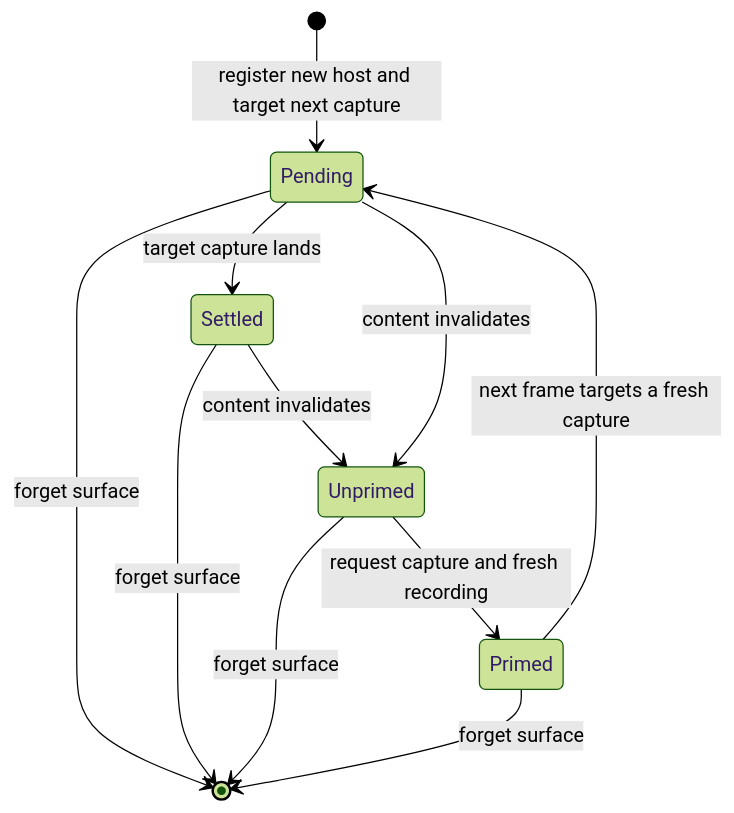
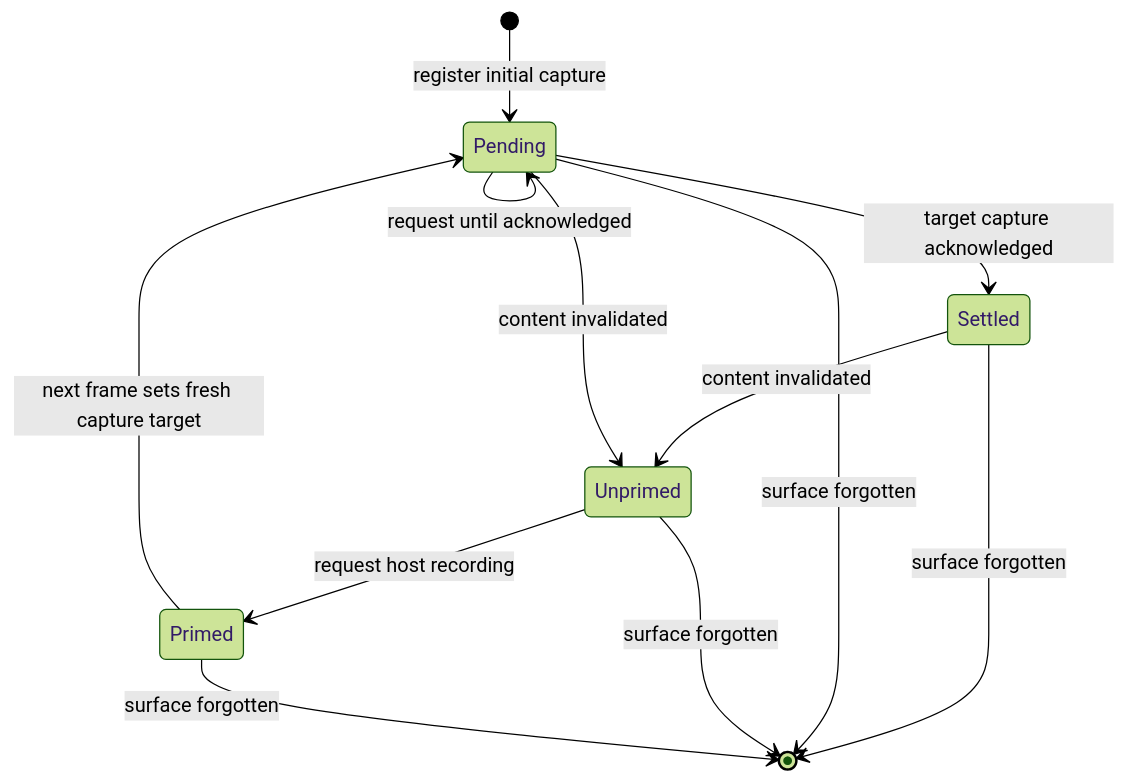
One commit to matthiasn/lotti changed the sixth of 9 diagrams in knowledge/features/plaza.md. Above: the diagram before and after it, drawn with Mermaid (forest theme). The commit also changed other lines of this file and 120 other files, not shown here.

````diff
--- a/knowledge/features/plaza.md
+++ b/knowledge/features/plaza.md
@@ -734,13 +342,14 @@
 ```mermaid
 stateDiagram-v2
-  [*] --> Pending: register new host and target next capture
-  Pending --> Settled: target capture lands
-  Settled --> Unprimed: content invalidates
-  Pending --> Unprimed: content invalidates
-  Unprimed --> Primed: request capture and fresh recording
-  Primed --> Pending: next frame targets a fresh capture
-  Pending --> [*]: forget surface
-  Settled --> [*]: forget surface
-  Unprimed --> [*]: forget surface
-  Primed --> [*]: forget surface
+  [*] --> Pending: register initial capture
+  Pending --> Settled: target capture acknowledged
+  Settled --> Unprimed: content invalidated
+  Pending --> Unprimed: content invalidated
+  Unprimed --> Primed: request host recording
+  Primed --> Pending: next frame sets fresh capture target
+  Pending --> Pending: request until acknowledged
+  Settled --> [*]: surface forgotten
+  Pending --> [*]: surface forgotten
+  Unprimed --> [*]: surface forgotten
+  Primed --> [*]: surface forgotten
 ```
````
